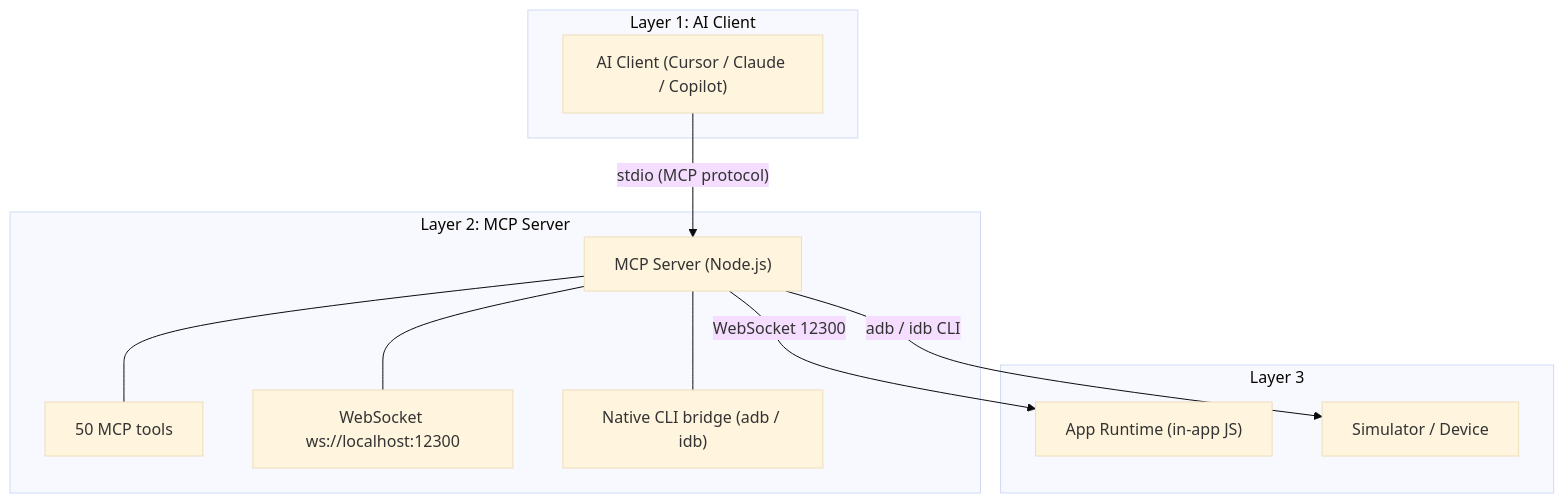
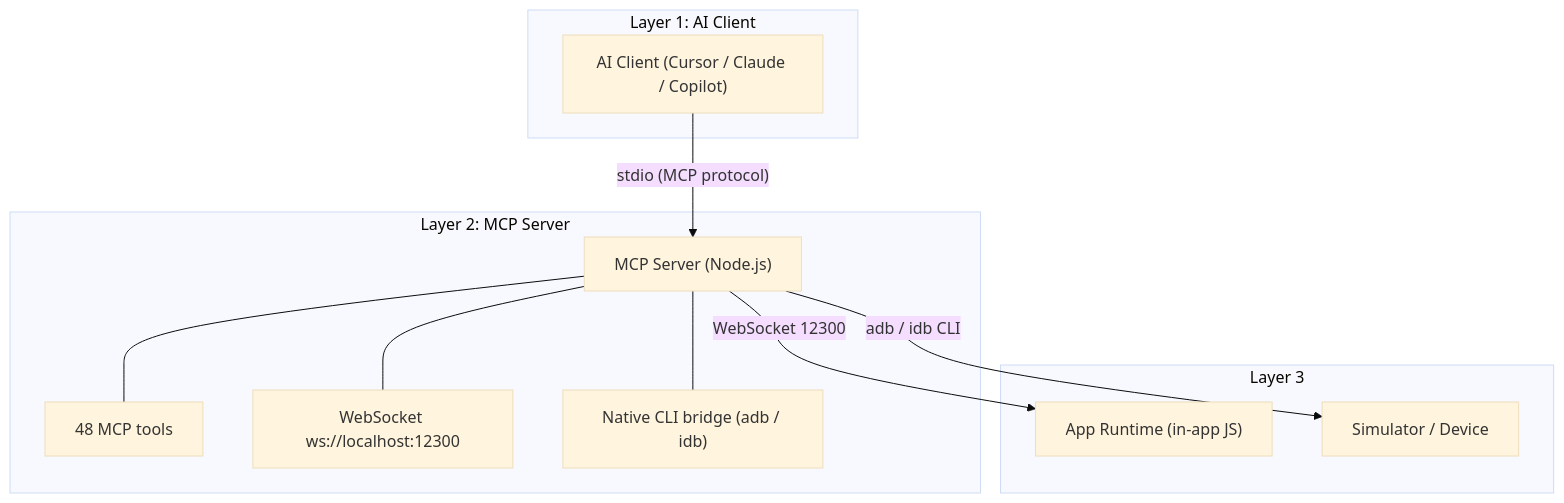
One commit to ohah/react-native-mcp changed the first of 3 diagrams in document/docs/en/contribute.mdx. Above: the diagram before and after it, drawn with Mermaid (base theme). The commit also changed other lines of this file and 64 other files, not shown here.

````diff
--- a/document/docs/en/contribute.mdx
+++ b/document/docs/en/contribute.mdx
@@ -131,22 +131,22 @@
 ```mermaid
 graph TB
   subgraph Layer1["Layer 1: AI Client"]
     AI["AI Client (Cursor / Claude / Copilot)"]
   end
 
   subgraph Layer2["Layer 2: MCP Server"]
     MCP["MCP Server (Node.js)"]
-    MCP --- M1["50 MCP tools"]
+    MCP --- M1["48 MCP tools"]
     MCP --- M2["WebSocket ws://localhost:12300"]
     MCP --- M3["Native CLI bridge (adb / idb)"]
   end
 
   subgraph Layer3["Layer 3"]
     App["App Runtime (in-app JS)"]
     Dev["Simulator / Device"]
   end
 
   AI -->|"stdio (MCP protocol)"| MCP
   MCP -->|"WebSocket 12300"| App
   MCP -->|"adb / idb CLI"| Dev
 ```
````
